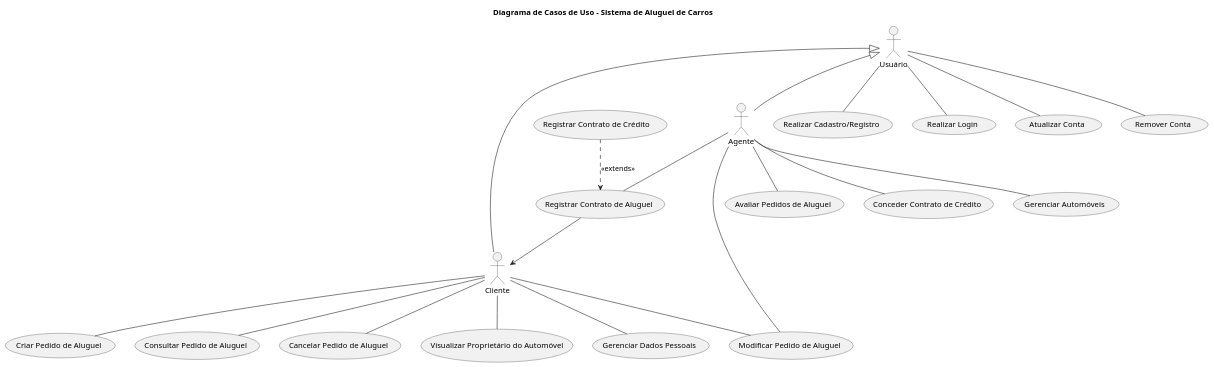
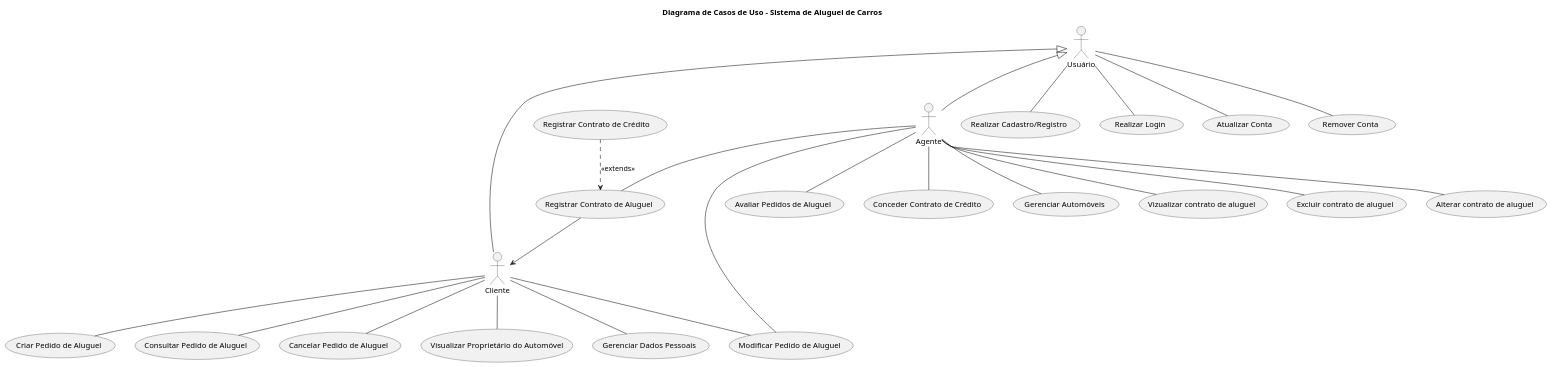
The diagram in projeto/UseCase.puml (Athoosz/Sistema_de_Aluguel_de_Carros), drawn with PlantUML before and after one commit.

Commit message:
feat: adicionado casos de uso para visualizar, excluir e alterar contratos de aluguel

```diff
--- a/projeto/UseCase.puml
+++ b/projeto/UseCase.puml
@@ -1,55 +1,61 @@
 @startuml
 title Diagrama de Casos de Uso - Sistema de Aluguel de Carros
 
 actor "Usuário" as Usuario
 actor "Cliente" as Cliente
 actor "Agente" as Agente
 
 Usuario <|-- Cliente
 Usuario <|-- Agente
 
 ' Casos de uso de autenticação
 usecase "Realizar Cadastro/Registro" as UC_Cadastrar
 usecase "Realizar Login" as UC_Login
 usecase "Atualizar Conta" as UC_AtualizarConta
 usecase "Remover Conta" as UC_RemoverConta
 
 ' Casos de uso do Cliente
 usecase "Criar Pedido de Aluguel" as UC_CriarPedido
 usecase "Consultar Pedido de Aluguel" as UC_ConsultarPedido
 usecase "Cancelar Pedido de Aluguel" as UC_CancelarPedido
 usecase "Visualizar Proprietário do Automóvel" as UC_VisualizarProprietario
 usecase "Gerenciar Dados Pessoais" as UC_GerenciarDadosPessoais
 
 ' Casos de uso do Agente
 usecase "Avaliar Pedidos de Aluguel" as UC_AvaliarPedido
 usecase "Conceder Contrato de Crédito" as UC_ConcederCredito
 usecase "Gerenciar Automóveis" as UC_GerenciarAutomoveis
+usecase "Vizualizar contrato de aluguel" as UC_VizualizarContratoAluguel
+usecase "Excluir contrato de aluguel" as UC_ExcluirContratoAluguel
+usecase "Alterar contrato de aluguel" as UC_AlterarContratoAluguel
 
 ' Casos de uso do Agente e cliente
 usecase "Modificar Pedido de Aluguel" as UC_ModificarPedido
 usecase "Registrar Contrato de Aluguel" as UC_RegistrarContrato
 usecase "Registrar Contrato de Crédito   " as UC_RegistrarContratoCredito
 
 ' Relacionamentos
 Usuario -- UC_Cadastrar
 Usuario -- UC_Login
 Usuario -- UC_AtualizarConta
 Usuario -- UC_RemoverConta
 
 Cliente -- UC_CriarPedido
 Cliente -- UC_ModificarPedido
 Cliente -- UC_ConsultarPedido
 Cliente -- UC_CancelarPedido
 Cliente -- UC_VisualizarProprietario
 Cliente -- UC_GerenciarDadosPessoais
 
 Agente -- UC_AvaliarPedido
 Agente -- UC_ModificarPedido
 Agente -- UC_RegistrarContrato
 (UC_RegistrarContratoCredito) ..> (UC_RegistrarContrato) : <<extends>>
 Agente -- UC_ConcederCredito
 Agente -- UC_GerenciarAutomoveis
+Agente -- UC_VizualizarContratoAluguel
+Agente -- UC_ExcluirContratoAluguel
+Agente -- UC_AlterarContratoAluguel
 
 UC_RegistrarContrato --> Cliente
 @enduml
```
